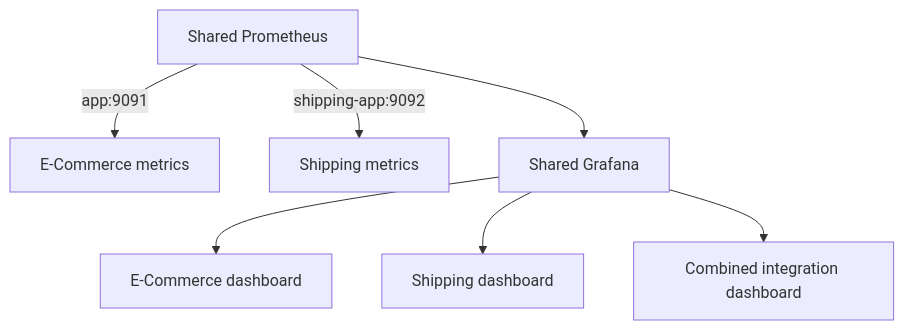
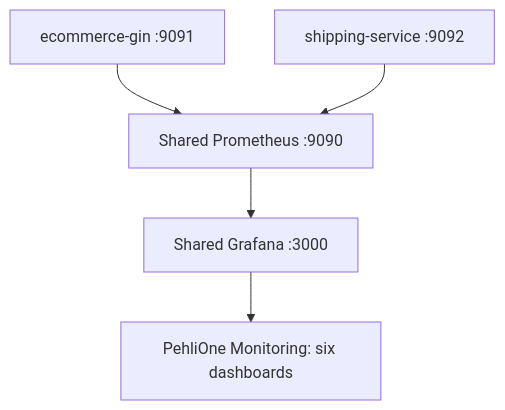
The first of 2 diagrams in README.md (mustafa-oezdemir/ecommerce-gin), drawn with Mermaid before and after one commit. The commit also changed other lines of this file and 17 other files, not shown here.

Commit message:
feat(monitoring): provision PehliOne operations center

````diff
--- a/README.md
+++ b/README.md
@@ -152,9 +152,7 @@
 ```mermaid
 flowchart TD
-    P["Shared Prometheus"] -->|"app:9091"| E["E-Commerce metrics"]
-    P -->|"shipping-app:9092"| S["Shipping metrics"]
-    P --> G["Shared Grafana"]
-    G --> ED["E-Commerce dashboard"]
-    G --> SD["Shipping dashboard"]
-    G --> CD["Combined integration dashboard"]
+    E["ecommerce-gin :9091"] --> P["Shared Prometheus :9090"]
+    S["shipping-service :9092"] --> P
+    P --> G["Shared Grafana :3000"]
+    G --> D["PehliOne Monitoring: six dashboards"]
 ```
````
